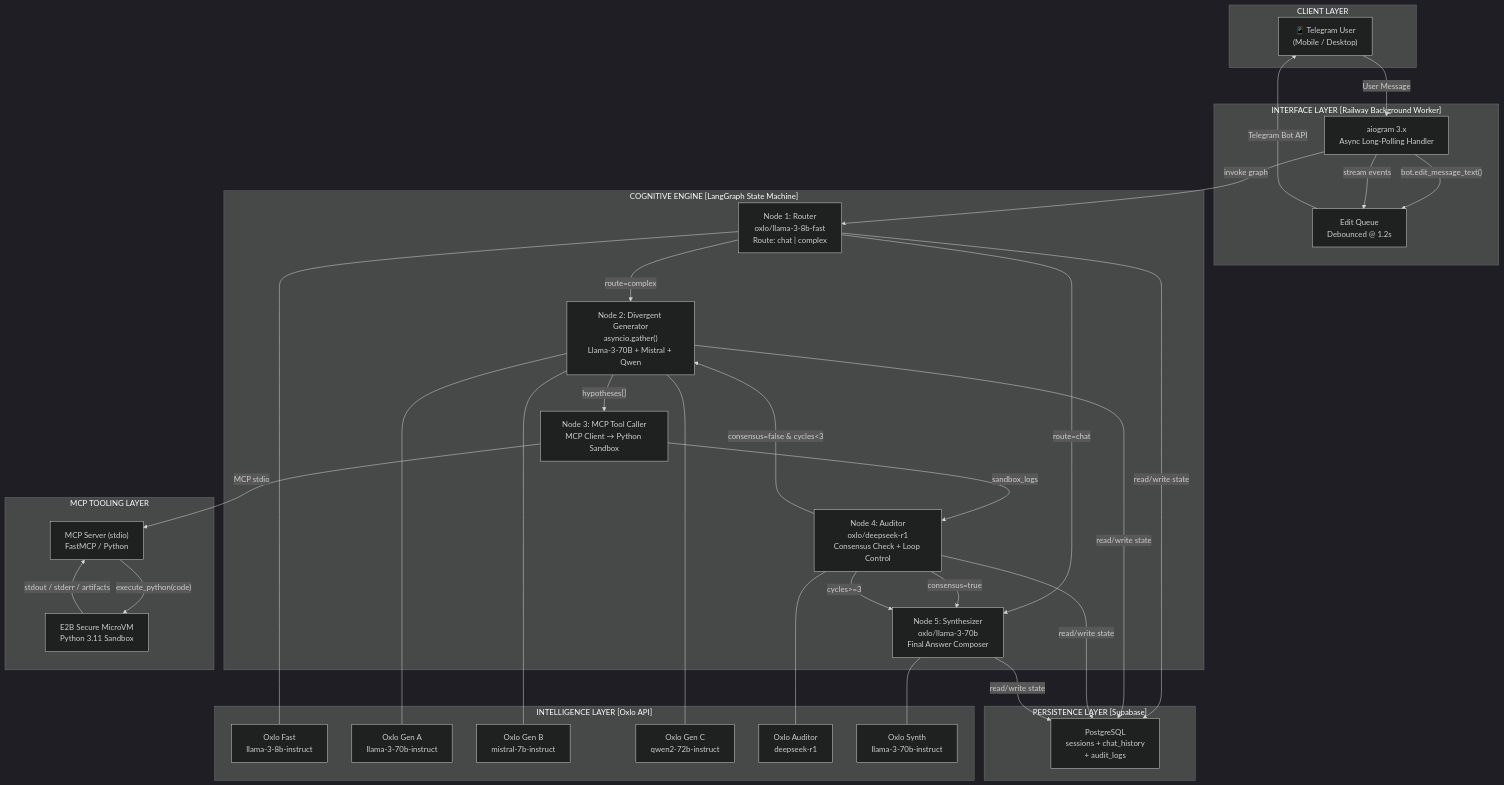
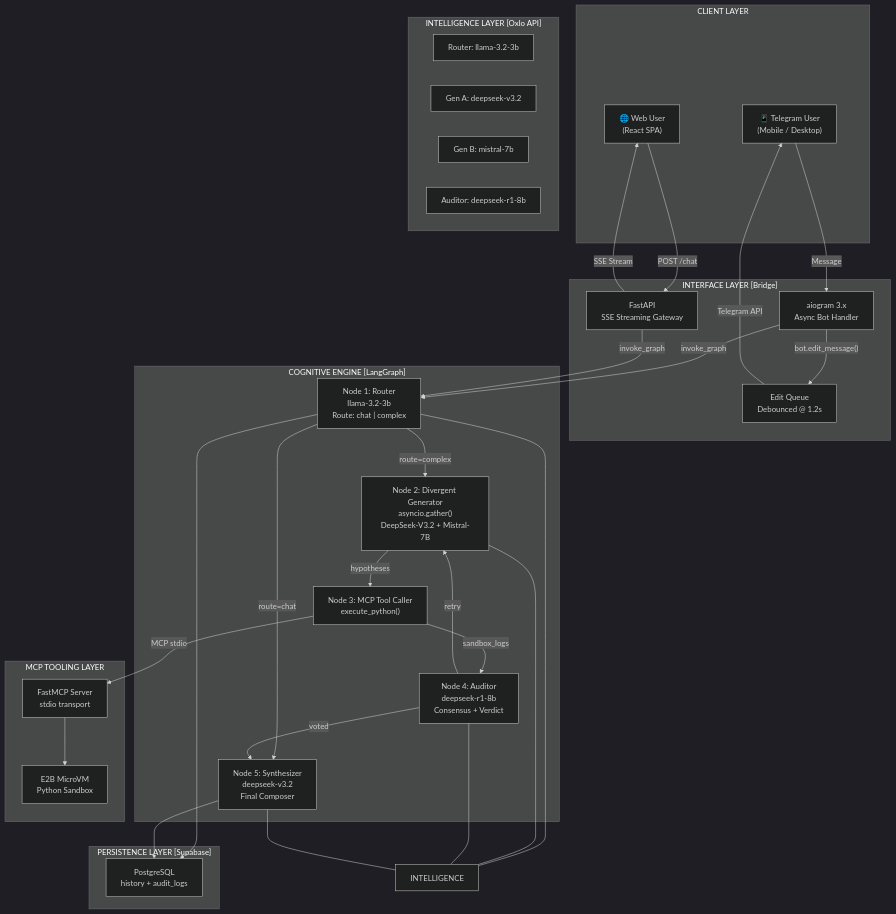
The diagram in ARCHITECTURE.md (Rasslonely/Oxlo---Sentinel), drawn with Mermaid (dark theme) before and after one commit. The commit also changed other lines of this file and 12261 other files, not shown here.

````diff
--- a/ARCHITECTURE.md
+++ b/ARCHITECTURE.md
@@ -48,61 +48,57 @@
 ```mermaid
 graph TD
     subgraph "CLIENT LAYER"
         TG["📱 Telegram User<br/>(Mobile / Desktop)"]
+        WEB["🌐 Web User<br/>(React SPA)"]
     end
 
-    subgraph "INTERFACE LAYER [Railway Background Worker]"
-        AIO["aiogram 3.x<br/>Async Long-Polling Handler"]
+    subgraph "INTERFACE LAYER [Bridge]"
+        AIO["aiogram 3.x<br/>Async Bot Handler"]
+        FAST["FastAPI<br/>SSE Streaming Gateway"]
         EQ["Edit Queue<br/>Debounced @ 1.2s"]
-        AIO -->|"bot.edit_message_text()"| EQ
-        EQ -->|"Telegram Bot API"| TG
-        TG -->|"User Message"| AIO
+        
+        AIO -->|"bot.edit_message()"| EQ
+        EQ -->|"Telegram API"| TG
+        TG -->|"Message"| AIO
+        
+        FAST -->|"SSE Stream"| WEB
+        WEB -->|"POST /chat"| FAST
     end
 
-    subgraph "COGNITIVE ENGINE [LangGraph State Machine]"
-        N1["Node 1: Router<br/>oxlo/llama-3-8b-fast<br/>Route: chat | complex"]
-        N2["Node 2: Divergent Generator<br/>asyncio.gather()<br/>Llama-3-70B + Mistral + Qwen"]
-        N3["Node 3: MCP Tool Caller<br/>MCP Client → Python Sandbox"]
-        N4["Node 4: Auditor<br/>oxlo/deepseek-r1<br/>Consensus Check + Loop Control"]
-        N5["Node 5: Synthesizer<br/>oxlo/llama-3-70b<br/>Final Answer Composer"]
+    subgraph "COGNITIVE ENGINE [LangGraph]"
+        N1["Node 1: Router<br/>llama-3.2-3b<br/>Route: chat | complex"]
+        N2["Node 2: Divergent Generator<br/>asyncio.gather()<br/>DeepSeek-V3.2 + Mistral-7B"]
+        N3["Node 3: MCP Tool Caller<br/>execute_python()"]
+        N4["Node 4: Auditor<br/>deepseek-r1-8b<br/>Consensus + Verdict"]
+        N5["Node 5: Synthesizer<br/>deepseek-v3.2<br/>Final Composer"]
 
         N1 -->|"route=complex"| N2
         N1 -->|"route=chat"| N5
-        N2 -->|"hypotheses[]"| N3
+        N2 -->|"hypotheses"| N3
         N3 -->|"sandbox_logs"| N4
-        N4 -->|"consensus=false & cycles<3"| N2
-        N4 -->|"consensus=true"| N5
-        N4 -->|"cycles>=3"| N5
+        N4 -->|"retry"| N2
+        N4 -->|"voted"| N5
     end
 
     subgraph "MCP TOOLING LAYER"
-        MCPS["MCP Server (stdio)<br/>FastMCP / Python"]
-        E2B["E2B Secure MicroVM<br/>Python 3.11 Sandbox"]
-        MCPS -->|"execute_python(code)"| E2B
-        E2B -->|"stdout / stderr / artifacts"| MCPS
+        MCPS["FastMCP Server<br/>stdio transport"]
+        E2B["E2B MicroVM<br/>Python Sandbox"]
+        MCPS --> E2B
     end
 
     subgraph "INTELLIGENCE LAYER [Oxlo API]"
-        OX_FAST["Oxlo Fast<br/>llama-3-8b-instruct"]
-        OX_A["Oxlo Gen A<br/>llama-3-70b-instruct"]
-        OX_B["Oxlo Gen B<br/>mistral-7b-instruct"]
-        OX_C["Oxlo Gen C<br/>qwen2-72b-instruct"]
-        OX_AUDIT["Oxlo Auditor<br/>deepseek-r1"]
-        OX_SYNTH["Oxlo Synth<br/>llama-3-70b-instruct"]
+        M1["Router: llama-3.2-3b"]
+        M2["Gen A: deepseek-v3.2"]
+        M3["Gen B: mistral-7b"]
+        M4["Auditor: deepseek-r1-8b"]
     end
 
     subgraph "PERSISTENCE LAYER [Supabase]"
-        PG["PostgreSQL<br/>sessions + chat_history<br/>+ audit_logs"]
+        PG["PostgreSQL<br/>history + audit_logs"]
     end
 
-    AIO -->|"invoke graph"| N1
-    N1 --- OX_FAST
-    N2 --- OX_A
-    N2 --- OX_B
-    N2 --- OX_C
+    AIO & FAST -->|"invoke_graph"| N1
     N3 -->|"MCP stdio"| MCPS
-    N4 --- OX_AUDIT
-    N5 --- OX_SYNTH
-    N1 & N2 & N4 & N5 -->|"read/write state"| PG
-    AIO -->|"stream events"| EQ
+    N1 & N2 & N4 & N5 --- INTELLIGENCE
+    N1 & N5 --> PG
 ```
````
